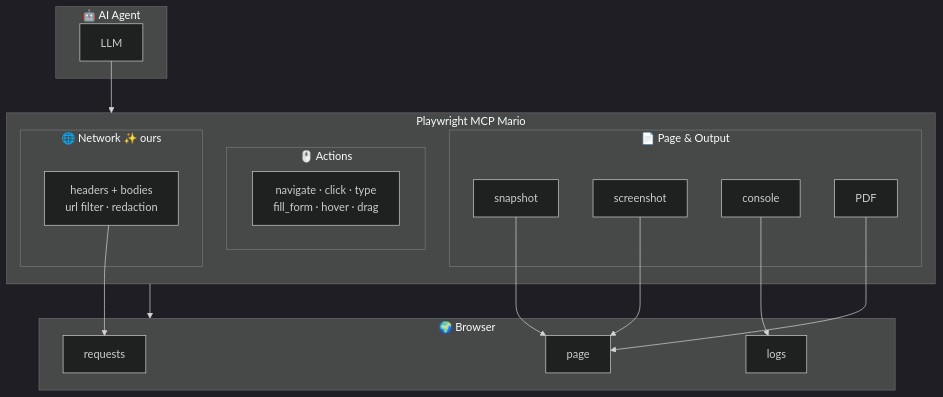
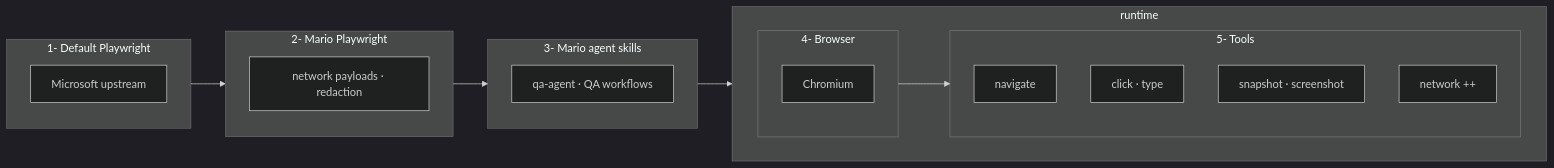
One commit to mariocosttaa/mario-playwright-mcp changed the diagram in README.md. Above: the diagram before and after it, drawn with Mermaid (dark theme). The commit also changed other lines of this file, not shown here.

Commit message:
docs: improve README Mermaid diagram
- Restructure flow: Default → Mario → Skills → Browser → Tools
- Use card-style subgraphs and horizontal layout
- Replace emoji icons with 1-, 2-, 3- number labels
- Add network ++ to indicate more tools available

Made-with: Cursor

````diff
--- a/README.md
+++ b/README.md
@@ -16,35 +16,30 @@
 ```mermaid
-flowchart TB
-    subgraph Agent["🤖 AI Agent"]
-        A[LLM]
+flowchart LR
+    subgraph Card1["1- Default Playwright"]
+        D1[Microsoft upstream]
     end
 
-    subgraph MCP["Playwright MCP Mario"]
-        subgraph Page["📄 Page & Output"]
-            P1[snapshot]
-            P2[screenshot]
-            P3[console]
-            P4[PDF]
+    subgraph Card2["2- Mario Playwright"]
+        D2[network payloads · redaction]
+    end
+
+    subgraph Card3["3- Mario agent skills"]
+        D3[qa-agent · QA workflows]
+    end
+
+    subgraph Runtime[runtime]
+        direction LR
+        subgraph BrowserCard["4- Browser"]
+            Browser[Chromium]
         end
-        subgraph Actions["🖱️ Actions"]
-            P5[navigate · click · type<br>fill_form · hover · drag]
-        end
-        subgraph Network["🌐 Network ✨ ours"]
-            P6[headers + bodies<br>url filter · redaction]
+        subgraph ToolsCard["5- Tools"]
+            T1[navigate]
+            T2[click · type]
+            T3[snapshot · screenshot]
+            T4[network ++]
         end
     end
 
-    subgraph Browser["🌍 Browser"]
-        B1[page]
-        B2[requests]
-        B3[logs]
-    end
-
-    A --> MCP
-    MCP --> Browser
-    P1 --> B1
-    P2 --> B1
-    P4 --> B1
-    P6 --> B2
-    P3 --> B3
+    Card1 --> Card2 --> Card3 --> Runtime
+    BrowserCard --> ToolsCard
 ```
````
